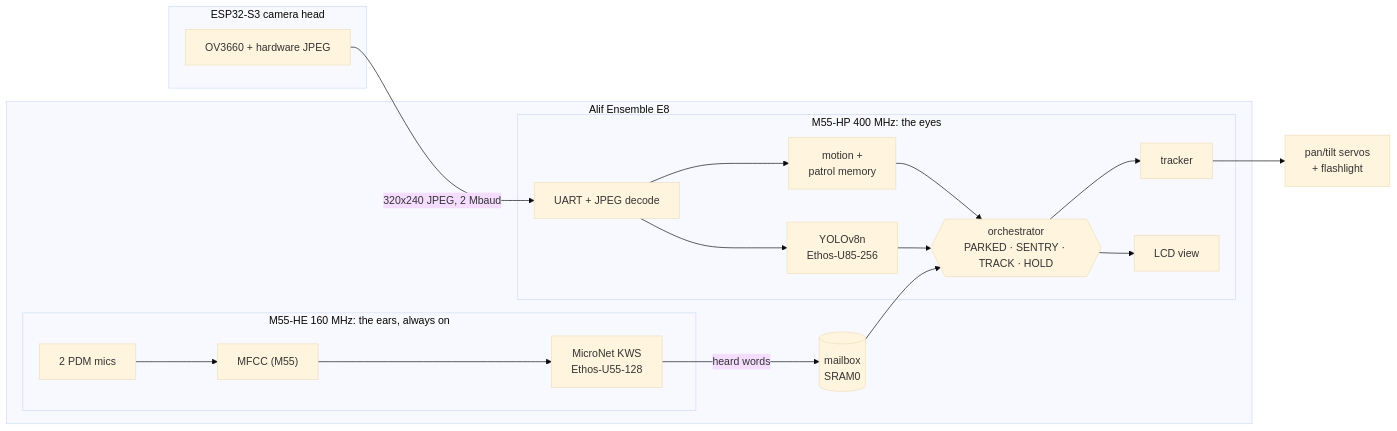
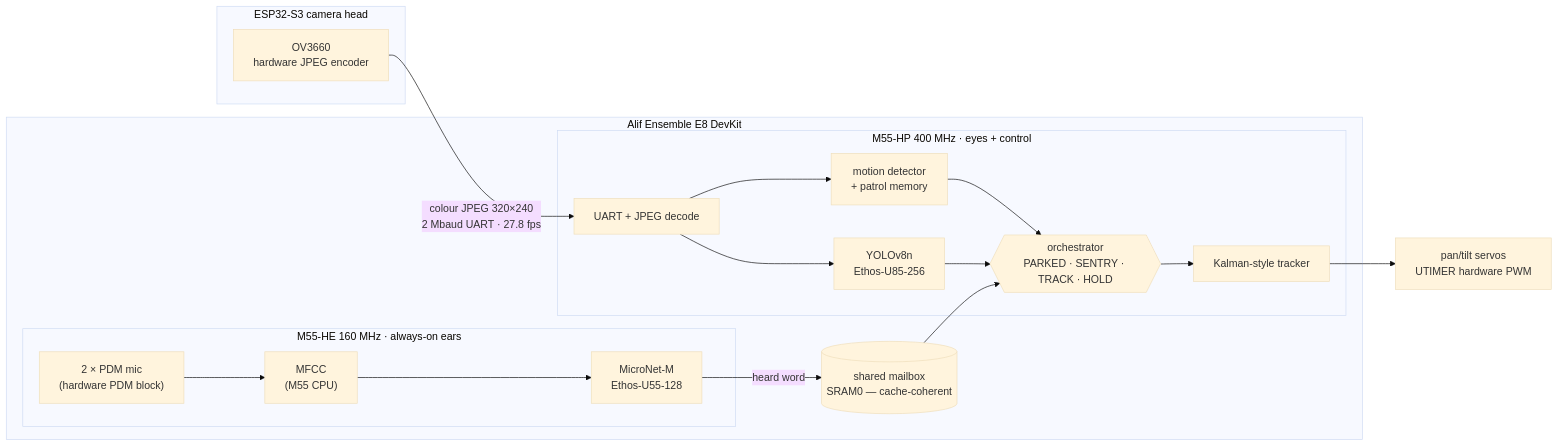
Before and after one commit to WALDO-Hacks/WALDO-executorch: the first of 2 diagrams in README.md, drawn with Mermaid (base theme). The commit also changed other lines of this file, not shown here.

Commit message:
README: simplify for judges, add KWS v2 detail and judging criteria coverage

````diff
--- a/README.md
+++ b/README.md
@@ -27,24 +35,23 @@
 ```mermaid
 flowchart LR
     subgraph HEAD["ESP32-S3 camera head"]
-        CAM["OV3660 + hardware JPEG"]
+        CAM["OV3660<br/>hardware JPEG encoder"]
     end
-    subgraph E8["Alif Ensemble E8"]
-        subgraph HE["M55-HE 160 MHz: the ears, always on"]
-            MIC["2 PDM mics"] --> MFCC["MFCC (M55)"] --> KWS["MicroNet KWS<br/>Ethos-U55-128"]
+    subgraph E8["Alif Ensemble E8 DevKit"]
+        subgraph HE["M55-HE 160 MHz · always-on ears"]
+            MIC["2 × PDM mic<br/>(hardware PDM block)"] --> MFCC["MFCC<br/>(M55 CPU)"] --> KWS["MicroNet-M<br/>Ethos-U55-128"]
         end
-        BOX[("mailbox<br/>SRAM0")]
-        subgraph HP["M55-HP 400 MHz: the eyes"]
-            RX["UART + JPEG decode"] --> MOT["motion +<br/>patrol memory"]
+        BOX[("shared mailbox<br/>SRAM0 — cache-coherent")]
+        subgraph HP["M55-HP 400 MHz · eyes + control"]
+            RX["UART + JPEG decode"] --> MOT["motion detector<br/>+ patrol memory"]
             RX --> YOLO["YOLOv8n<br/>Ethos-U85-256"]
             ORCH{{"orchestrator<br/>PARKED · SENTRY · TRACK · HOLD"}}
             MOT --> ORCH
             YOLO --> ORCH
-            ORCH --> TRK["tracker"]
-            ORCH --> LCD["LCD view"]
+            ORCH --> TRK["Kalman-style tracker"]
         end
-        KWS -- "heard words" --> BOX --> ORCH
+        KWS -- "heard word" --> BOX --> ORCH
     end
-    CAM -- "320x240 JPEG, 2 Mbaud" --> RX
-    TRK --> SERVO["pan/tilt servos<br/>+ flashlight"]
+    CAM -- "colour JPEG 320×240<br/>2 Mbaud UART · 27.8 fps" --> RX
+    TRK --> SERVO["pan/tilt servos<br/>UTIMER hardware PWM"]
 ```
````
